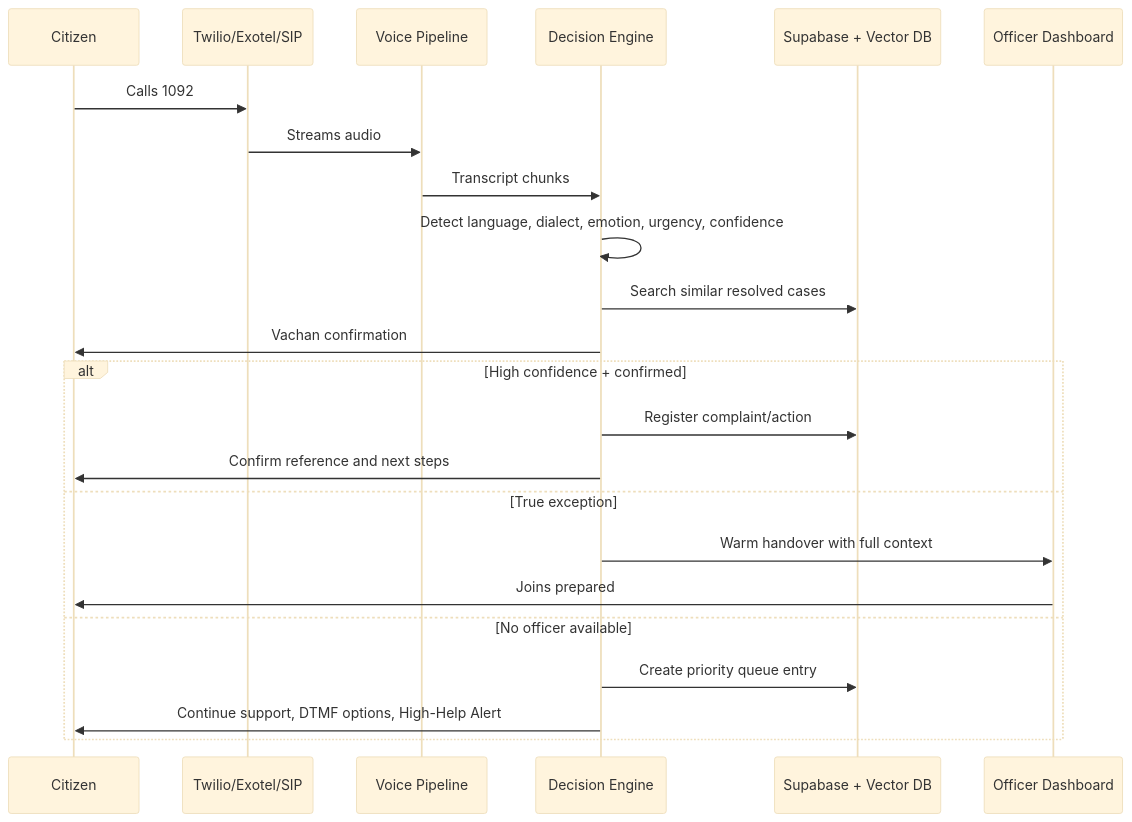
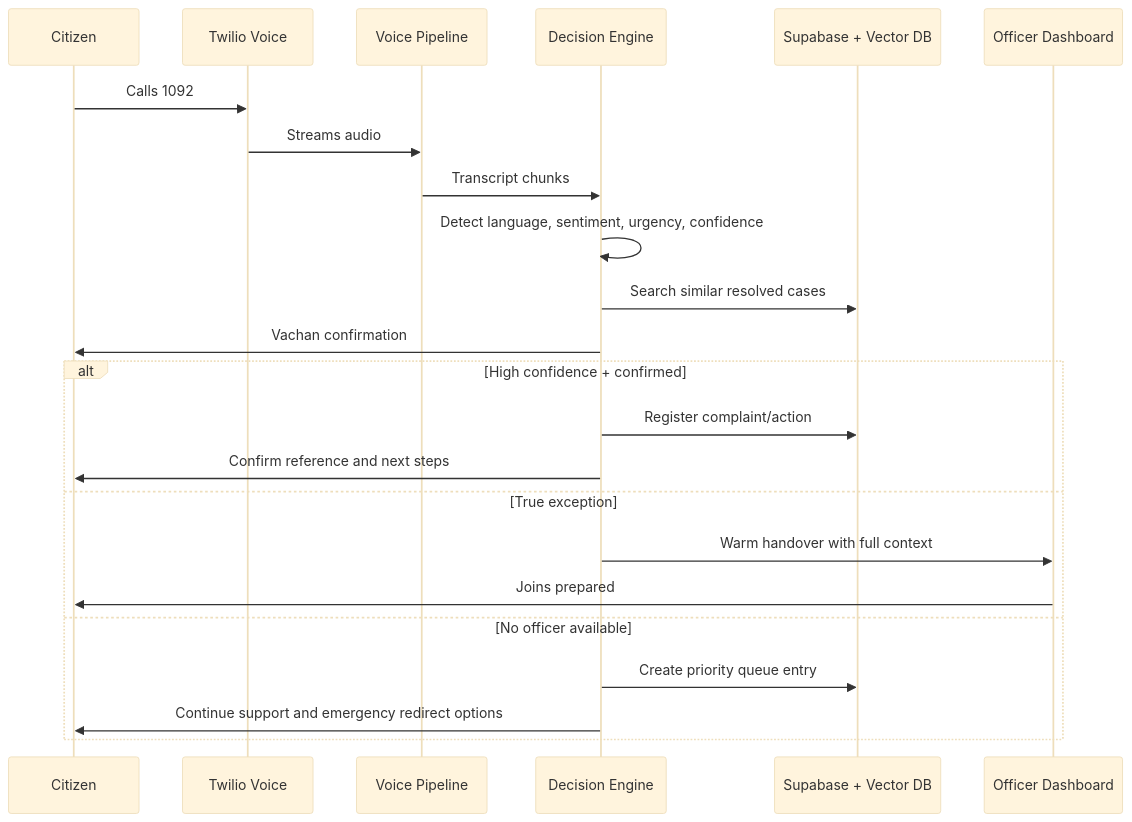
Before and after one commit to riyaz-02/Sahayak-1092: the first of 5 diagrams in README.md, drawn with Mermaid (base theme). The commit also changed other lines of this file and 2 other files, not shown here.

````diff
--- a/README.md
+++ b/README.md
@@ -64,27 +118,27 @@
 ```mermaid
 sequenceDiagram
     participant Citizen
-    participant Telephony as Twilio/Exotel/SIP
+    participant Telephony as Twilio Voice
     participant Voice as Voice Pipeline
     participant AI as Decision Engine
     participant DB as Supabase + Vector DB
     participant Officer as Officer Dashboard
 
     Citizen->>Telephony: Calls 1092
     Telephony->>Voice: Streams audio
     Voice->>AI: Transcript chunks
-    AI->>AI: Detect language, dialect, emotion, urgency, confidence
+    AI->>AI: Detect language, sentiment, urgency, confidence
     AI->>DB: Search similar resolved cases
     AI->>Citizen: Vachan confirmation
 
     alt High confidence + confirmed
         AI->>DB: Register complaint/action
         AI->>Citizen: Confirm reference and next steps
     else True exception
         AI->>Officer: Warm handover with full context
         Officer->>Citizen: Joins prepared
     else No officer available
         AI->>DB: Create priority queue entry
-        AI->>Citizen: Continue support, DTMF options, High-Help Alert
+        AI->>Citizen: Continue support and emergency redirect options
     end
 ```
````
